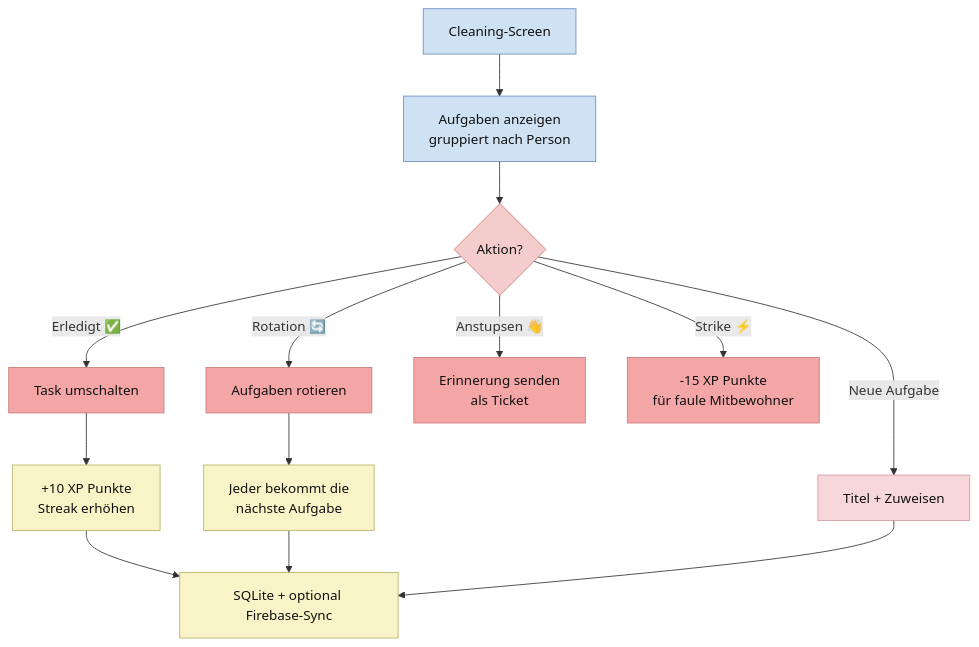
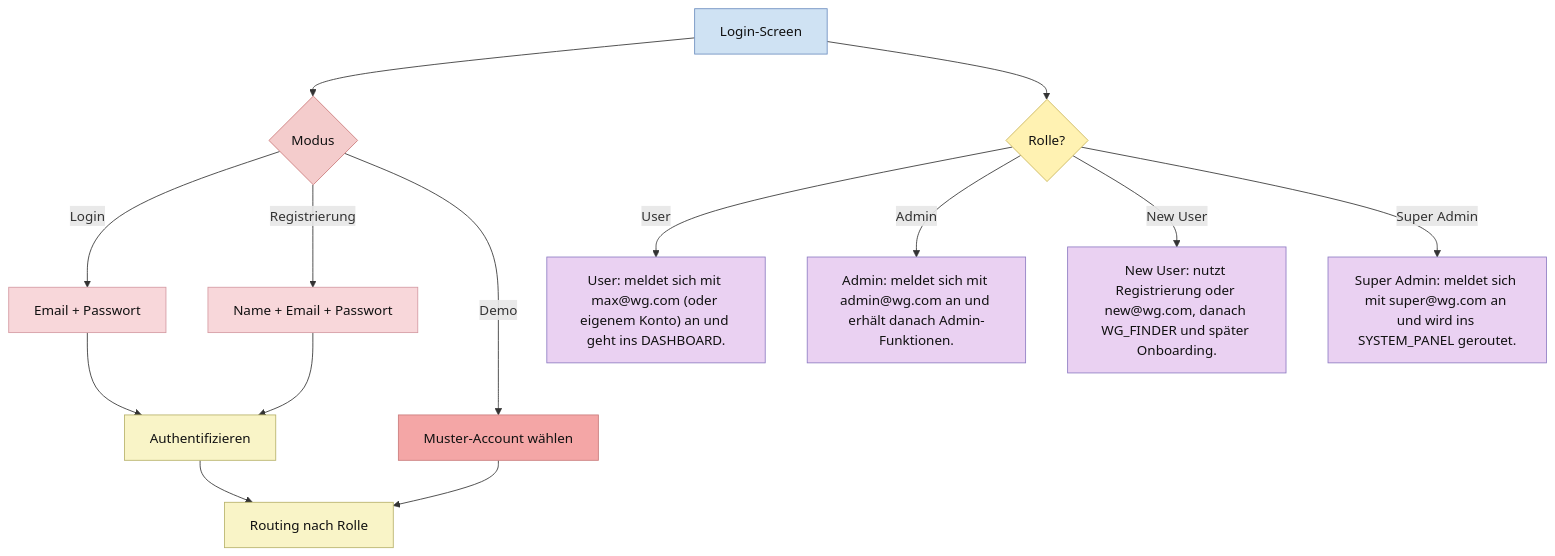
One commit to Nejy190501/WGManager changed the eighth of 27 diagrams in ABLAUFDIAGRAMM.md. Above: the diagram before and after it, drawn with Mermaid. The commit also changed other lines of this file, not shown here.

````diff
--- a/ABLAUFDIAGRAMM.md
+++ b/ABLAUFDIAGRAMM.md
@@ -321,32 +436,38 @@
 ```mermaid
 flowchart TD
-    A["Cleaning-Screen"] --> B["Aufgaben anzeigen<br/>gruppiert nach Person"]
-    B --> C{"Aktion?"}
-    C -->|Erledigt ✅| D["Task umschalten"]
-    D --> E["+10 XP Punkte<br/>Streak erhöhen"]
-    E --> F["SQLite + optional Firebase-Sync"]
-    
-    C -->|Rotation 🔄| G["Aufgaben rotieren"]
-    G --> H["Jeder bekommt die<br/>nächste Aufgabe"]
-    H --> F
-    
-    C -->|Neue Aufgabe| I["Titel + Zuweisen"]
-    I --> F
-    
-    C -->|Anstupsen 👋| J["Erinnerung senden<br/>als Ticket"]
-    C -->|Strike ⚡| K["-15 XP Punkte<br/>für faule Mitbewohner"]
+    A["Login-Screen"] --> B{"Modus"}
+    B -->|Login| C["Email + Passwort"]
+    B -->|Registrierung| D["Name + Email + Passwort"]
+    B -->|Demo| E["Muster-Account wählen"]
+    C --> F["Authentifizieren"]
+    D --> F
+    E --> G["Routing nach Rolle"]
+    F --> G
+
+
+    A --> RLQ{"Rolle?"}
+    RLU["User: meldet sich mit max@wg.com (oder eigenem Konto) an und geht ins DASHBOARD."]
+    RLA["Admin: meldet sich mit admin@wg.com an und erhält danach Admin-Funktionen."]
+    RLN["New User: nutzt Registrierung oder new@wg.com, danach WG_FINDER und später Onboarding."]
+    RLS["Super Admin: meldet sich mit super@wg.com an und wird ins SYSTEM_PANEL geroutet."]
+    RLQ -->|User| RLU
+    RLQ -->|Admin| RLA
+    RLQ -->|New User| RLN
+    RLQ -->|Super Admin| RLS
 
     classDef userAction fill:#ead1f2,stroke:#8e7cc3,color:#111;
     classDef systemAction fill:#f9f4c7,stroke:#b7b26a,color:#111;
     classDef userDecision fill:#f4cccc,stroke:#cc7a7a,color:#111;
     classDef systemDecision fill:#fff2b2,stroke:#c9b458,color:#111;
     classDef button fill:#f4a6a6,stroke:#c97b7b,color:#111;
     classDef userInput fill:#f8d7da,stroke:#d49aa2,color:#111;
     classDef screen fill:#cfe2f3,stroke:#6c8ebf,color:#111;
 
-    class E,F,H systemAction;
-    class C userDecision;
-    class D,G,J,K button;
-    class I userInput;
-    class A,B screen;
+    class F,G systemAction;
+    class B userDecision;
+    class E button;
+    class C,D userInput;
+    class A screen;
+    class RLQ systemDecision;
+    class RLU,RLA,RLN,RLS userAction;
 ```
````
